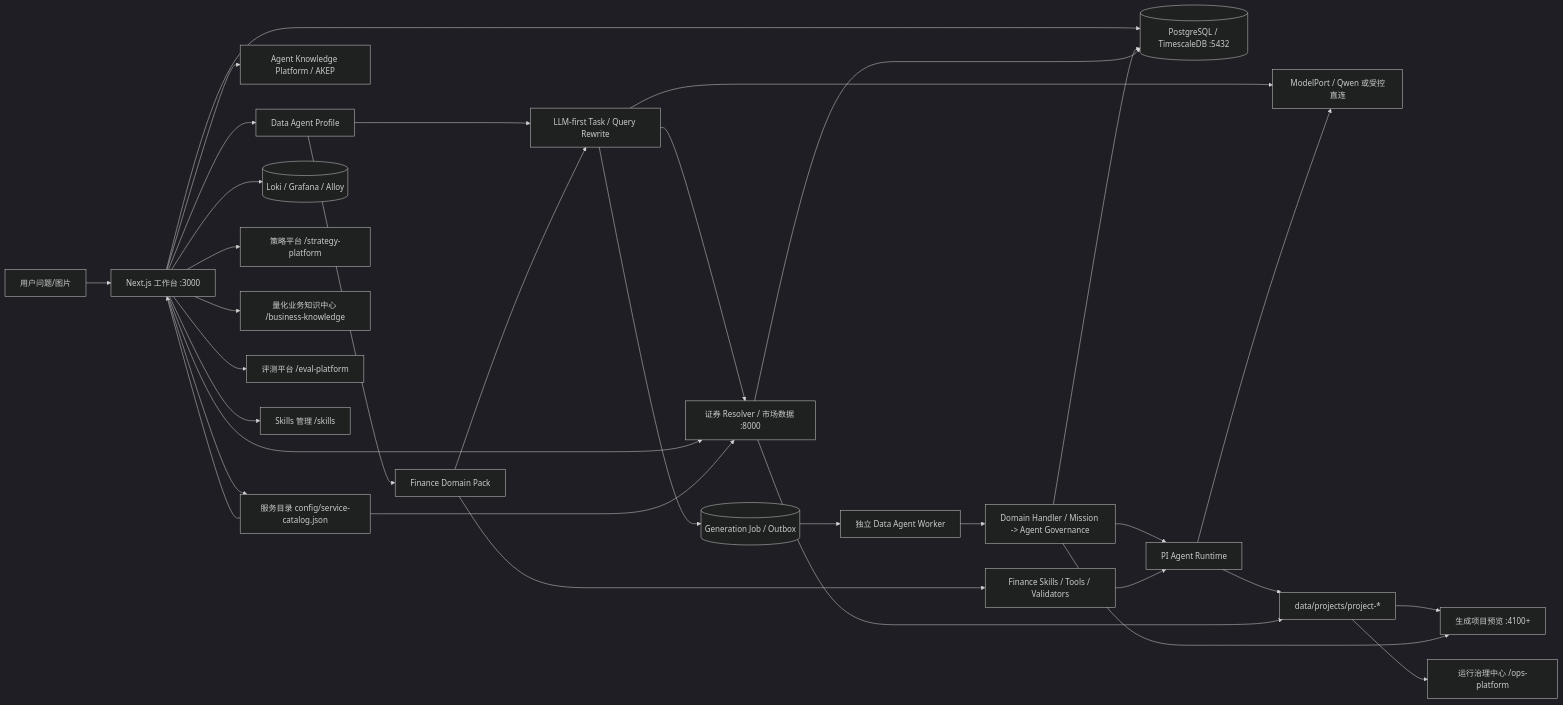
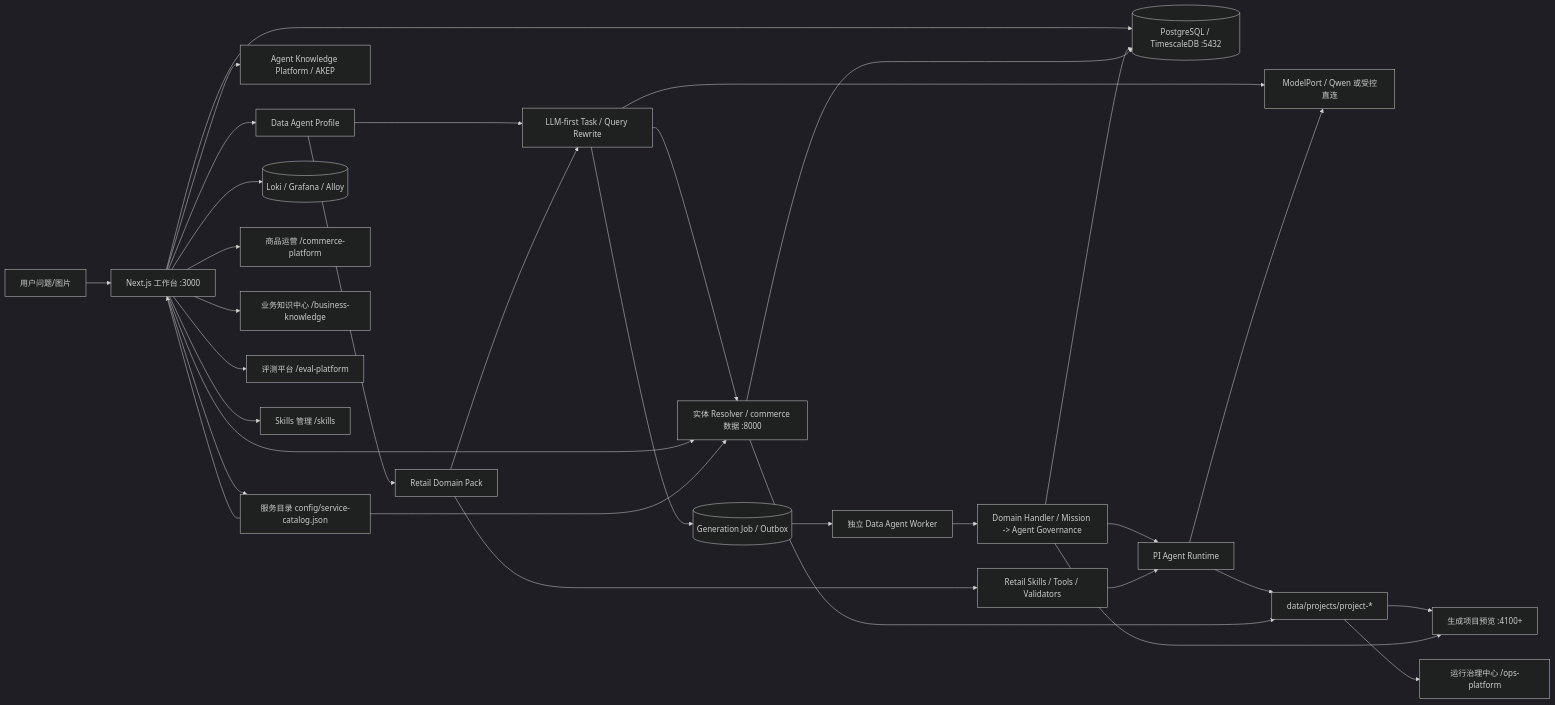
The diagram in docs/architecture.md (betterkite/shop-gate), drawn with Mermaid (dark theme) before and after one commit. The commit also changed other lines of this file and 42 other files, not shown here.

````diff
--- a/docs/architecture.md
+++ b/docs/architecture.md
@@ -5,35 +5,35 @@
 ```mermaid
 flowchart LR
   U[用户问题/图片] --> W[Next.js 工作台 :3000]
   W --> D[Data Agent Profile]
   D --> Q[LLM-first Task / Query Rewrite]
-  D --> F[Finance Domain Pack]
+  D --> F[Retail Domain Pack]
   F --> Q
   Q --> MP[ModelPort / Qwen 或受控直连]
-  Q --> M[证券 Resolver / 市场数据 :8000]
+  Q --> M[实体 Resolver / commerce 数据 :8000]
   Q --> J[(Generation Job / Outbox)]
   J --> WK[独立 Data Agent Worker]
   WK --> G[Domain Handler / Mission -> Agent Governance]
   W --> DB[(PostgreSQL / TimescaleDB :5432)]
   G --> R[PI Agent Runtime]
   G --> DB
-  F --> S[Finance Skills / Tools / Validators]
+  F --> S[Retail Skills / Tools / Validators]
   S --> R
   W --> K[Agent Knowledge Platform / AKEP]
   R --> MP
   W --> M
   W --> SC[服务目录 config/service-catalog.json]
   SC --> W
   SC --> M
   M --> DB
   W --> L[(Loki / Grafana / Alloy)]
   R --> P[data/projects/project-*]
   M --> P
   P --> V[生成项目预览 :4100+]
   G --> V
   P --> H[运行治理中心 /ops-platform]
-  W --> T[策略平台 /strategy-platform]
-  W --> C[量化业务知识中心 /business-knowledge]
+  W --> T[商品运营 /commerce-platform]
+  W --> C[业务知识中心 /business-knowledge]
   W --> E[评测平台 /eval-platform]
   W --> A[Skills 管理 /skills]
 ```
````
